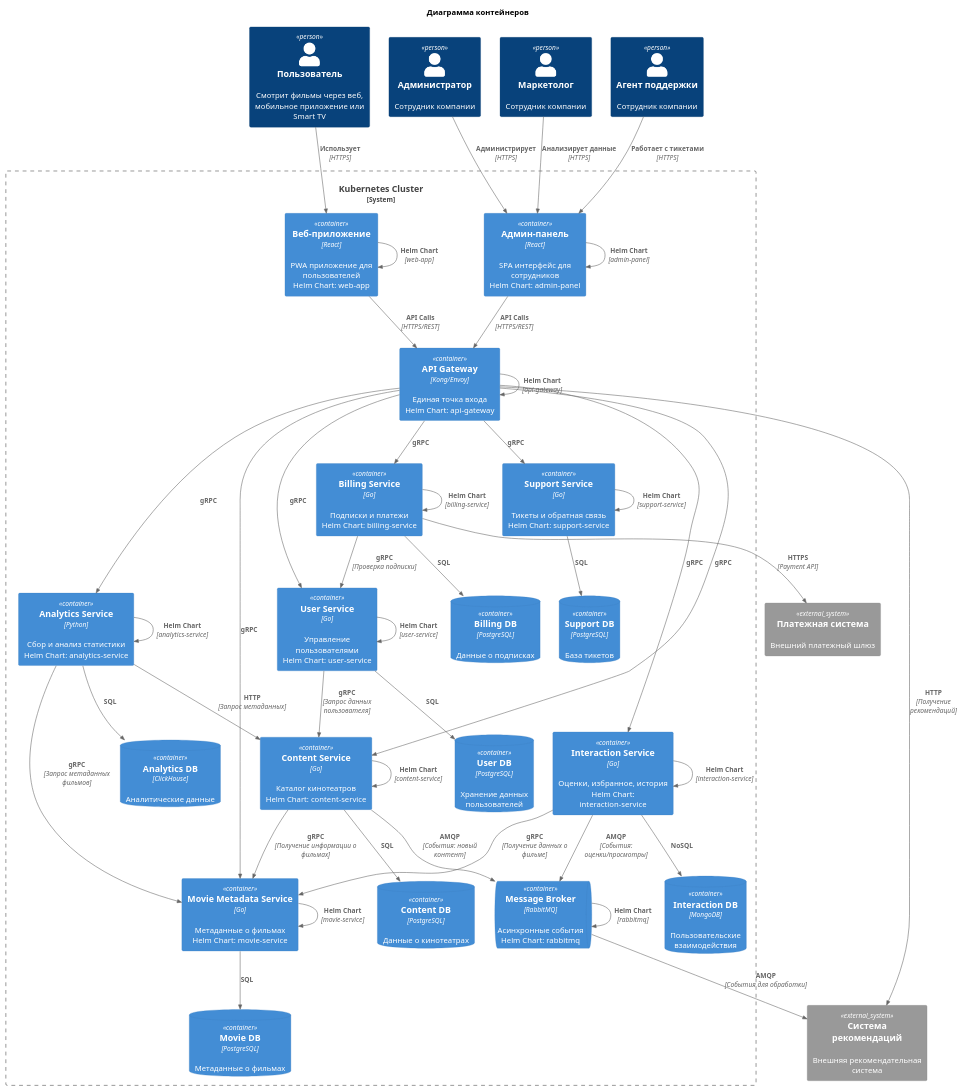
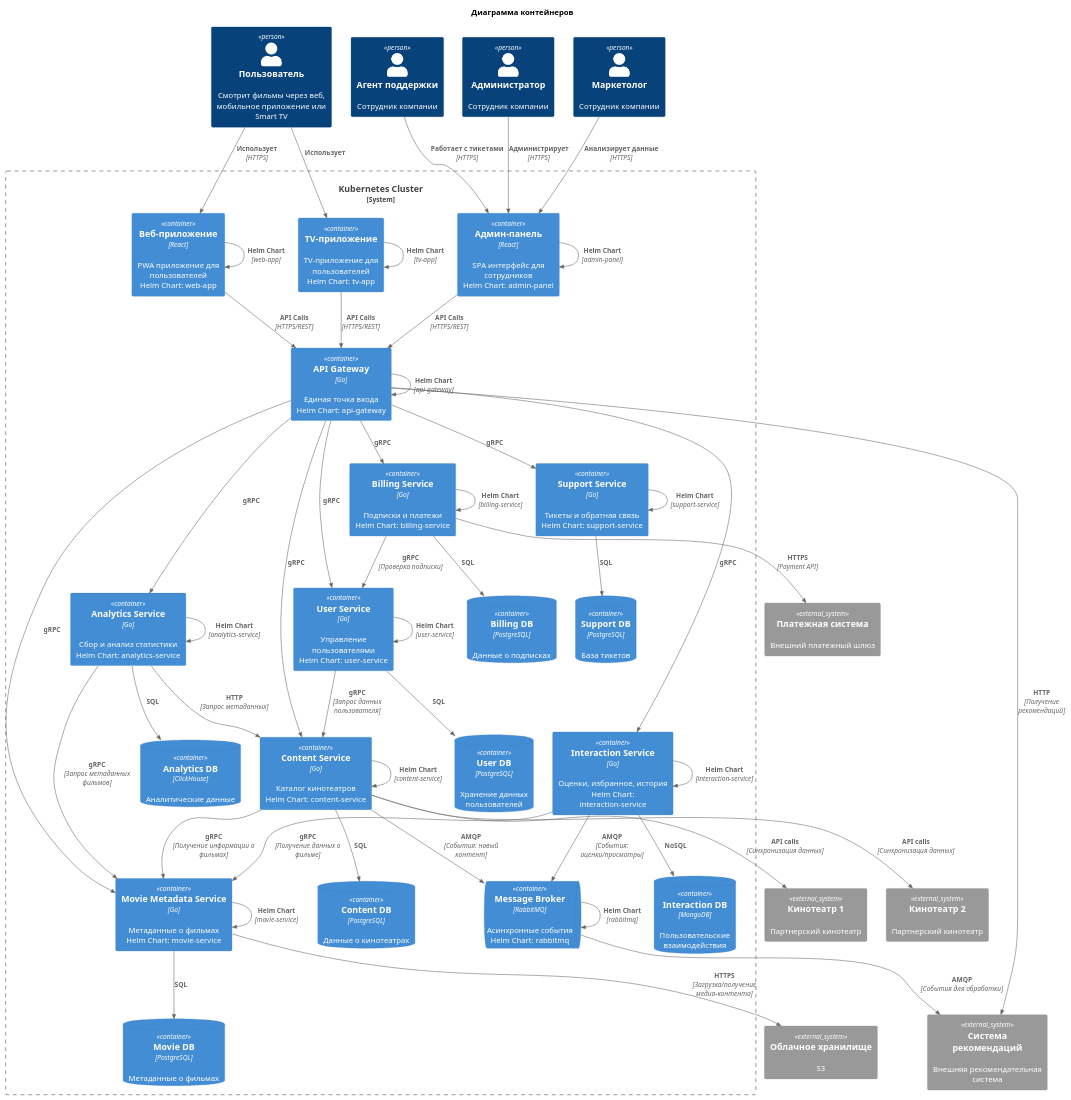
The diagram in docs/architecture/container/container.puml (Maxssobolev/ypr-sprint2), drawn with PlantUML before and after one commit. The commit also changed 1 other file, not shown here.

```diff
--- a/docs/architecture/container/container.puml
+++ b/docs/architecture/container/container.puml
@@ -1,100 +1,111 @@
 @startuml
 !include https://raw.githubusercontent.com/plantuml-stdlib/C4-PlantUML/master/C4_Container.puml
 
 title Диаграмма контейнеров
 
 ' === Персонажи ===
 Person(user, "Пользователь", "Смотрит фильмы через веб, мобильное приложение или Smart TV")
 Person(support_agent, "Агент поддержки", "Сотрудник компании")
 Person(admin, "Администратор", "Сотрудник компании")
 Person(marketing_agent, "Маркетолог", "Сотрудник компании")
 
 ' === Системные границы ===
 System_Boundary(kc, "Kubernetes Cluster") {
     Container(web, "Веб-приложение", "React", "PWA приложение для пользователей\nHelm Chart: web-app")
+    Container(tv, "TV-приложение", "", "TV-приложение для пользователей\nHelm Chart: tv-app")
     Container(admin_web, "Админ-панель", "React", "SPA интерфейс для сотрудников\nHelm Chart: admin-panel")
     
-    Container(api_gw, "API Gateway", "Kong/Envoy", "Единая точка входа\nHelm Chart: api-gateway")
+    Container(api_gw, "API Gateway", "Go", "Единая точка входа\nHelm Chart: api-gateway")
     
     Container(user_svc, "User Service", "Go", "Управление пользователями\nHelm Chart: user-service")
     ContainerDb(user_db, "User DB", "PostgreSQL", "Хранение данных пользователей")
     
     Container(content_svc, "Content Service", "Go", "Каталог кинотеатров\nHelm Chart: content-service")
     ContainerDb(content_db, "Content DB", "PostgreSQL", "Данные о кинотеатрах")
 
     Container(movie_svc, "Movie Metadata Service", "Go", "Метаданные о фильмах \nHelm Chart: movie-service")
     ContainerDb(movie_db, "Movie DB", "PostgreSQL", "Метаданные о фильмах")
     
     Container(interaction_svc, "Interaction Service", "Go", "Оценки, избранное, история\nHelm Chart: interaction-service")
     ContainerDb(interaction_db, "Interaction DB", "MongoDB", "Пользовательские взаимодействия")
     
     Container(billing_svc, "Billing Service", "Go", "Подписки и платежи\nHelm Chart: billing-service")
     ContainerDb(billing_db, "Billing DB", "PostgreSQL", "Данные о подписках")
     
     Container(support_svc, "Support Service", "Go", "Тикеты и обратная связь\nHelm Chart: support-service")
     ContainerDb(support_db, "Support DB", "PostgreSQL", "База тикетов")
     
-    Container(analytics_svc, "Analytics Service", "Python", "Сбор и анализ статистики\nHelm Chart: analytics-service")
+    Container(analytics_svc, "Analytics Service", "Go", "Сбор и анализ статистики\nHelm Chart: analytics-service")
     ContainerDb(analytics_db, "Analytics DB", "ClickHouse", "Аналитические данные")
     
     ContainerQueue(rabbitmq, "Message Broker", "RabbitMQ", "Асинхронные события\nHelm Chart: rabbitmq")
 }
 
 
 System_Ext(payment, "Платежная система", "Внешний платежный шлюз")
 System_Ext(recommendation, "Система рекомендаций", "Внешняя рекомендательная система")
+System_Ext(s3, "Облачное хранилище", "S3")
+System_Ext(cinema1, "Кинотеатр 1", "Партнерский кинотеатр")
+System_Ext(cinema2, "Кинотеатр 2", "Партнерский кинотеатр")
 
 
 Rel(user, web, "Использует", "HTTPS")
+Rel(user, tv, "Использует")
 Rel(support_agent, admin_web, "Работает с тикетами", "HTTPS")
 Rel(admin, admin_web, "Администрирует", "HTTPS")
 Rel(marketing_agent, admin_web, "Анализирует данные", "HTTPS")
 
 Rel(web, api_gw, "API Calls", "HTTPS/REST")
+Rel(tv, api_gw, "API Calls", "HTTPS/REST")
 Rel(admin_web, api_gw, "API Calls", "HTTPS/REST")
 
 Rel(api_gw, user_svc, "gRPC")
 Rel(api_gw, content_svc, "gRPC")
 Rel(api_gw, movie_svc, "gRPC")
 Rel(api_gw, interaction_svc, "gRPC")
 Rel(api_gw, billing_svc, "gRPC")
 Rel(api_gw, support_svc, "gRPC")
 Rel(api_gw, analytics_svc, "gRPC")
 Rel(api_gw, recommendation, "HTTP", "Получение рекомендаций")
 
 Rel(user_svc, user_db, "SQL")
 Rel(content_svc, content_db, "SQL")
 Rel(movie_svc, movie_db, "SQL")
 Rel(interaction_svc, interaction_db, "NoSQL")
 Rel(billing_svc, billing_db, "SQL")
 Rel(analytics_svc, movie_svc, "gRPC", "Запрос метаданных фильмов")
 Rel(interaction_svc, movie_svc, "gRPC", "Получение данных о фильме")
 Rel(content_svc, movie_svc, "gRPC", "Получение информации о фильмах")
 Rel(support_svc, support_db, "SQL")
 Rel(analytics_svc, analytics_db, "SQL")
 
 Rel(interaction_svc, rabbitmq, "AMQP", "События: оценки/просмотры")
 Rel(content_svc, rabbitmq, "AMQP", "События: новый контент")
 Rel(rabbitmq, recommendation, "AMQP", "События для обработки")
 
 Rel(billing_svc, payment, "HTTPS", "Payment API")
 
 Rel(user_svc, content_svc, "gRPC", "Запрос данных пользователя")
 Rel(billing_svc, user_svc, "gRPC", "Проверка подписки")
 Rel(analytics_svc, content_svc, "HTTP", "Запрос метаданных")
 
+Rel(movie_svc, s3, "HTTPS", "Загрузка/получение медиа-контента")
+Rel(content_svc, cinema1, "API calls", "Синхронизация данных")
+Rel(content_svc, cinema2, "API calls", "Синхронизация данных")
+
 ' Helm чарты
 AddRelTag("helm")
 Rel(web, web, "Helm Chart", "web-app")
+Rel(tv, tv, "Helm Chart", "tv-app")
 Rel(admin_web, admin_web, "Helm Chart", "admin-panel")
 Rel(api_gw, api_gw, "Helm Chart", "api-gateway")
 Rel(user_svc, user_svc, "Helm Chart", "user-service")
 Rel(content_svc, content_svc, "Helm Chart", "content-service")
 Rel(movie_svc, movie_svc, "Helm Chart", "movie-service")
 Rel(interaction_svc, interaction_svc, "Helm Chart", "interaction-service")
 Rel(billing_svc, billing_svc, "Helm Chart", "billing-service")
 Rel(support_svc, support_svc, "Helm Chart", "support-service")
 Rel(analytics_svc, analytics_svc, "Helm Chart", "analytics-service")
 Rel(rabbitmq, rabbitmq, "Helm Chart", "rabbitmq")
 
 @enduml
```
